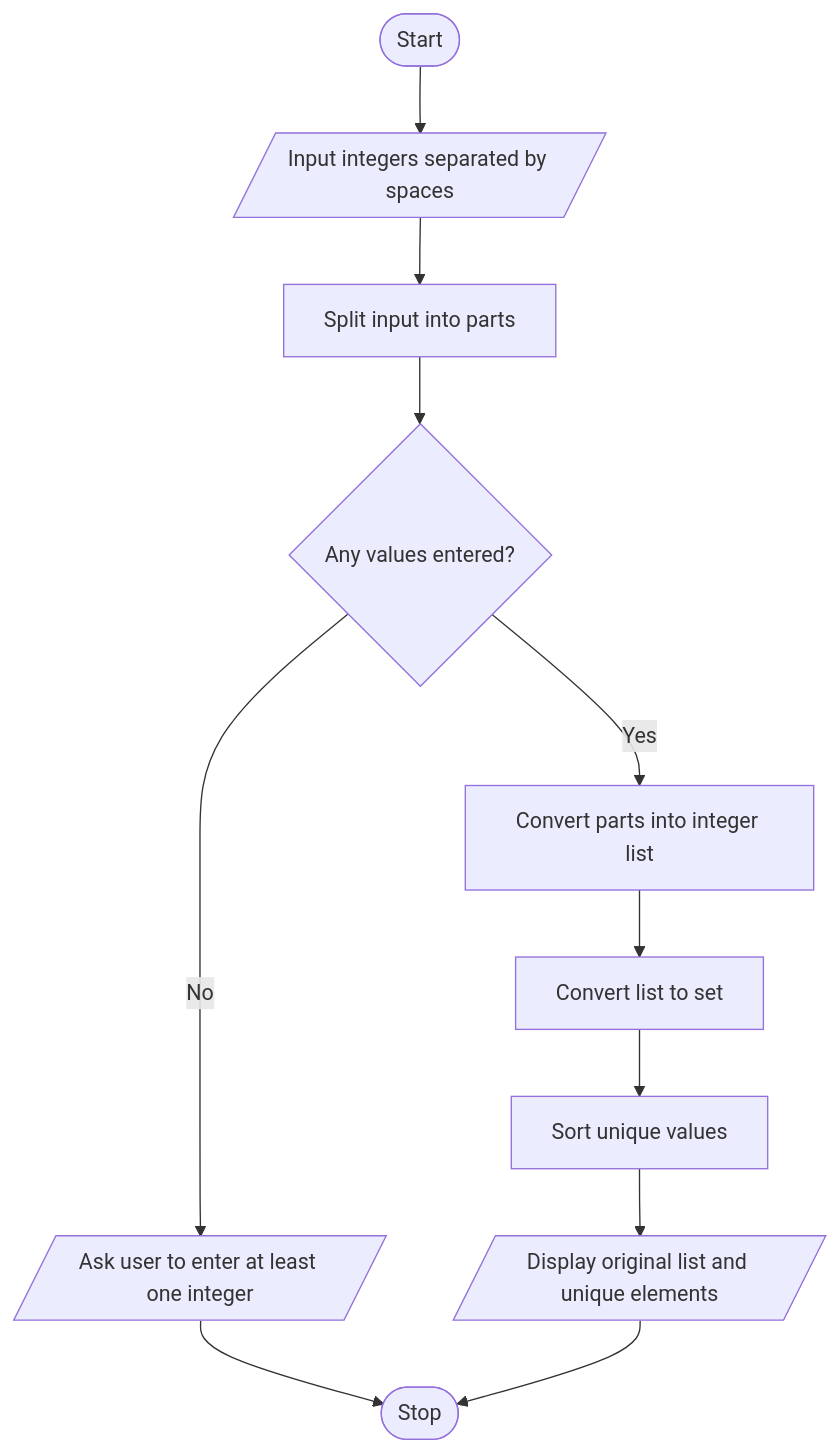
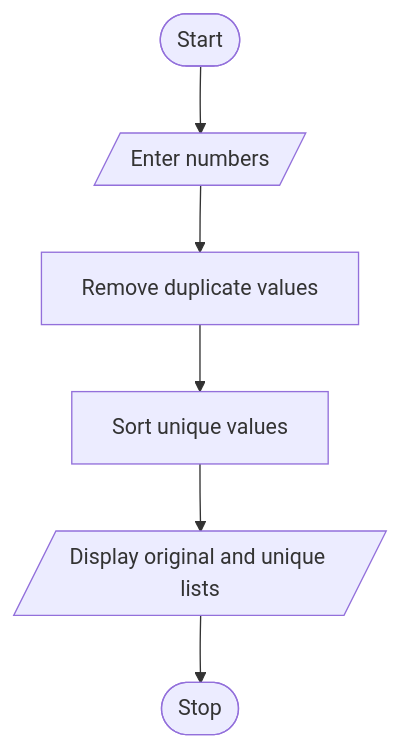
One commit to shaikishaa59-lab/ABL-PYTHON- changed the diagram in 09_Duplicate_Remover/algorithm_flowchart.md. Above: the diagram before and after it, drawn with Mermaid. The commit also changed other lines of this file, not shown here.

Commit message:
Simplify flowchart for Duplicate Remover

````diff
--- a/09_Duplicate_Remover/algorithm_flowchart.md
+++ b/09_Duplicate_Remover/algorithm_flowchart.md
@@ -14,13 +3,8 @@
 ```mermaid
 flowchart TD
- A([Start]) --> B[/Input integers separated by spaces/]
- B --> C[Split input into parts]
- C --> D{Any values entered?}
- D -- No --> E[/Ask user to enter at least one integer/]
- D -- Yes --> F[Convert parts into integer list]
- F --> G[Convert list to set]
- G --> H[Sort unique values]
- H --> I[/Display original list and unique elements/]
- E --> J([Stop])
- I --> J
+ A([Start]) --> B[/Enter numbers/]
+ B --> C[Remove duplicate values]
+ C --> D[Sort unique values]
+ D --> E[/Display original and unique lists/]
+ E --> F([Stop])
 ```
````
